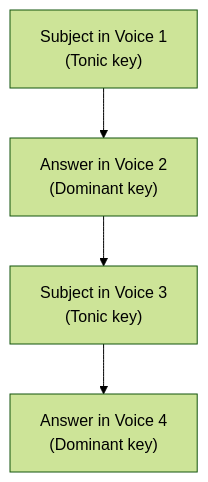
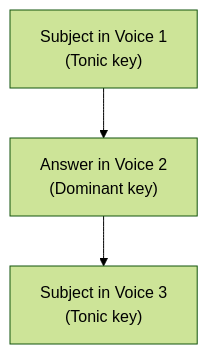
The fourth of 5 diagrams in src/docs/counterpoint.md (libraz/midi-sketch-bach-homepage), drawn with Mermaid (forest theme) before and after one commit. The commit also changed other lines of this file and 34 other files, not shown here.

````diff
--- a/src/docs/counterpoint.md
+++ b/src/docs/counterpoint.md
@@ -179,6 +179,5 @@
 ```mermaid
 graph TD
     A["Subject in Voice 1<br>(Tonic key)"] --> B["Answer in Voice 2<br>(Dominant key)"]
     B --> C["Subject in Voice 3<br>(Tonic key)"]
-    C --> D["Answer in Voice 4<br>(Dominant key)"]
 ```
````
